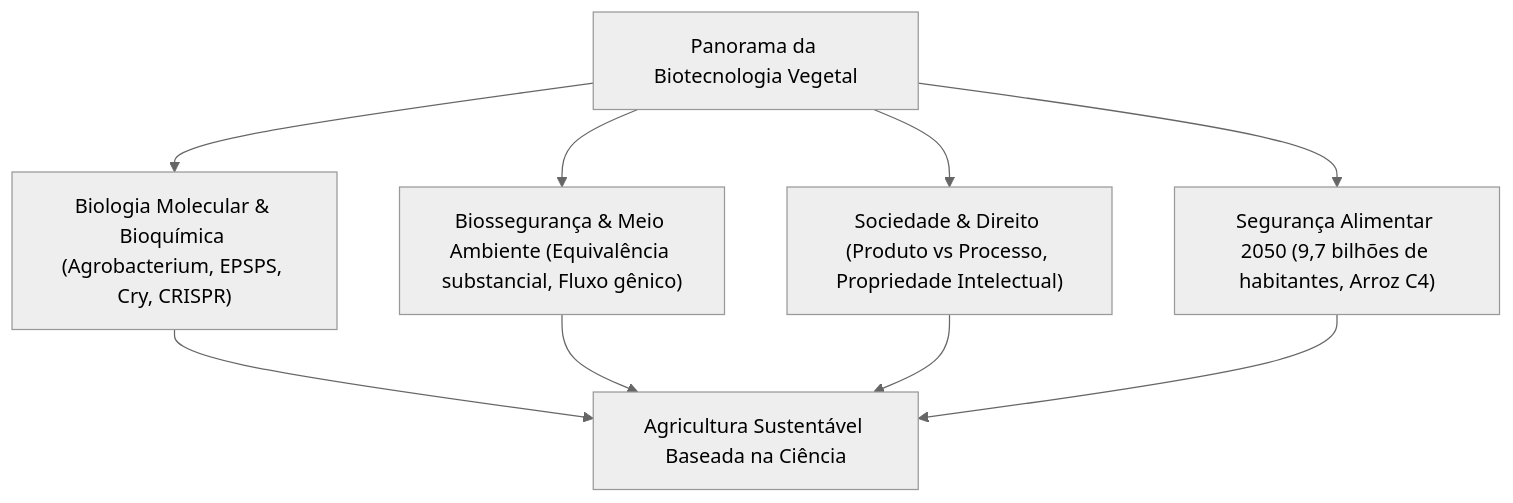
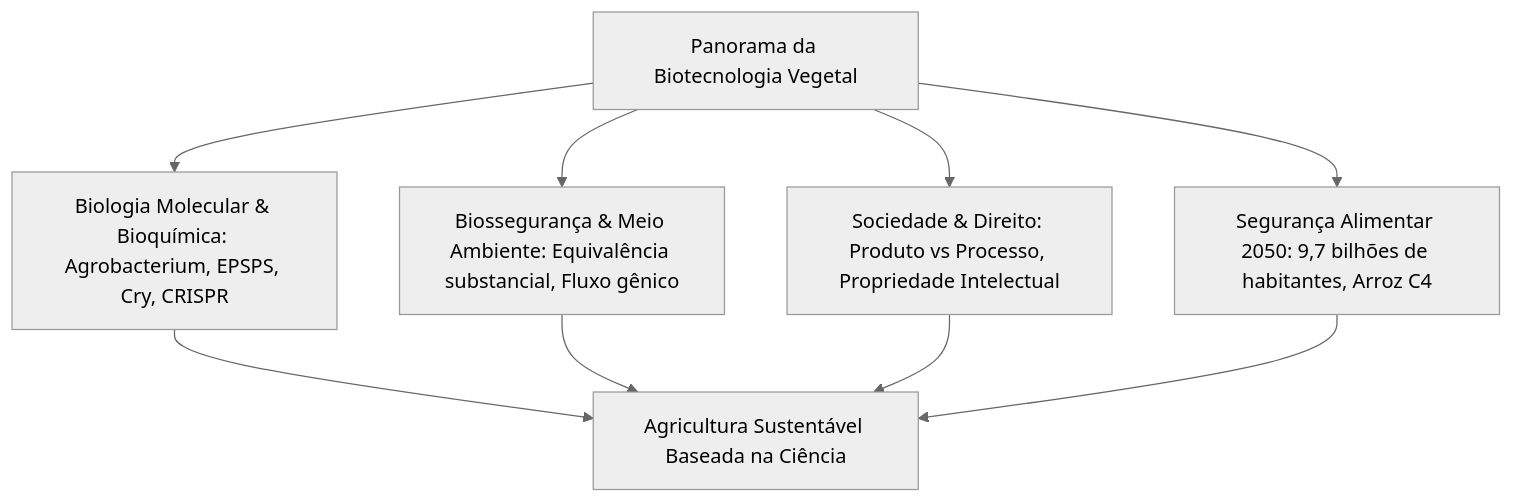
One commit to kenjinote/blog changed the first of 2 diagrams in content/post/genetically-modified-crops-biotechnology-agriculture-safety-future/index.pt.md. Above: the diagram before and after it, drawn with Mermaid (neutral theme). The commit also changed other lines of this file and 11 other files, not shown here.

````diff
--- a/content/post/genetically-modified-crops-biotechnology-agriculture-safety-future/index.pt.md
+++ b/content/post/genetically-modified-crops-biotechnology-agriculture-safety-future/index.pt.md
@@ -17,9 +22,10 @@
 ```mermaid
 flowchart TD
     BIO["Panorama da Biotecnologia Vegetal"]
-    BIO --> M1["Biologia Molecular & Bioquímica (Agrobacterium, EPSPS, Cry, CRISPR)"]
-    BIO --> M2["Biossegurança & Meio Ambiente (Equivalência substancial, Fluxo gênico)"]
-    BIO --> M3["Sociedade & Direito (Produto vs Processo, Propriedade Intelectual)"]
-    BIO --> M4["Segurança Alimentar 2050 (9,7 bilhões de habitantes, Arroz C4)"]
+    BIO --> M1["Biologia Molecular & Bioquímica: Agrobacterium, EPSPS, Cry, CRISPR"]
+    BIO --> M2["Biossegurança & Meio Ambiente: Equivalência substancial, Fluxo gênico"]
+    BIO --> M3["Sociedade & Direito: Produto vs Processo, Propriedade Intelectual"]
+    BIO --> M4["Segurança Alimentar 2050: 9,7 bilhões de habitantes, Arroz C4"]
+    
     M1 & M2 & M3 & M4 --> TOTAL["Agricultura Sustentável Baseada na Ciência"]
 ```
````
